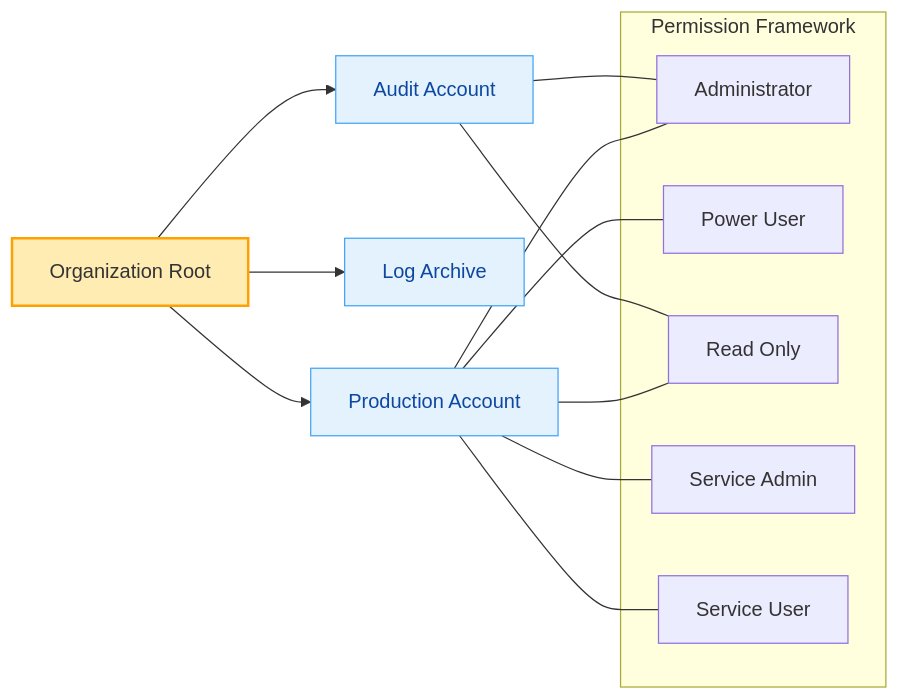
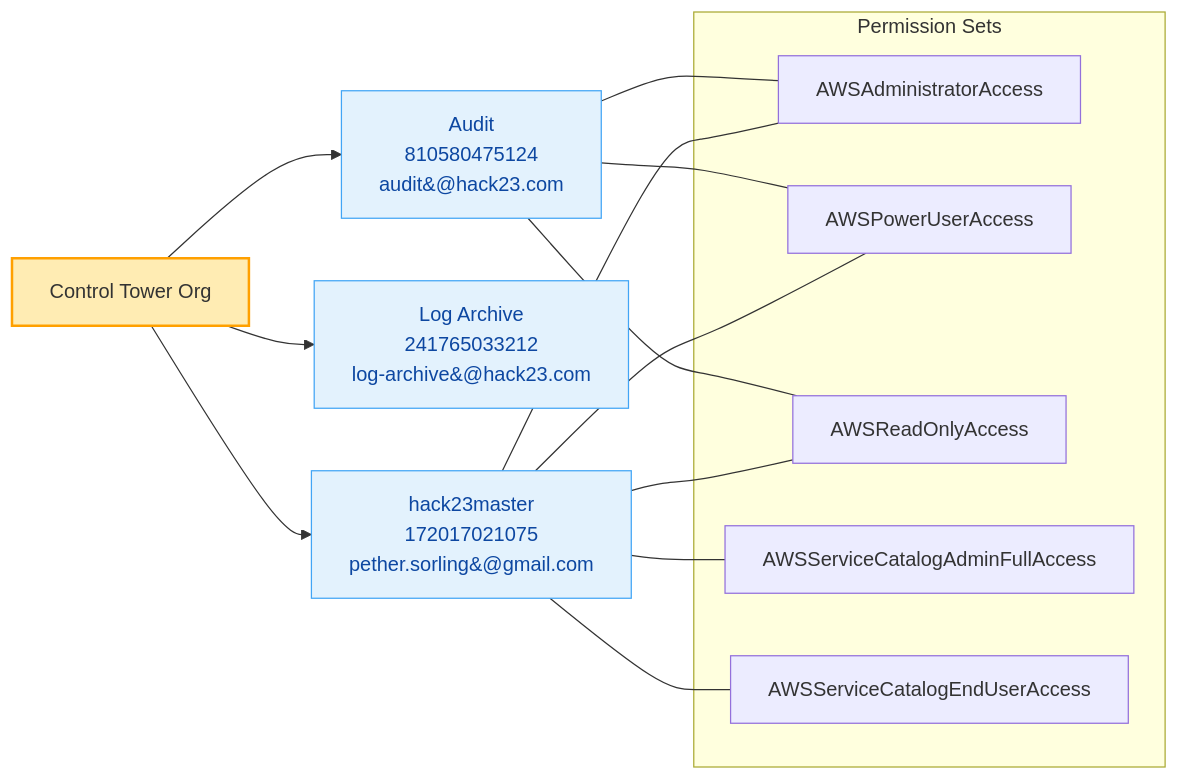
One commit to Hack23/ISMS-PUBLIC changed the second of 8 diagrams in Asset_Register.md. Above: the diagram before and after it, drawn with Mermaid. The commit also changed other lines of this file, not shown here.

````diff
--- a/Asset_Register.md
+++ b/Asset_Register.md
@@ -156,33 +173,34 @@
 ```mermaid
 flowchart LR
-  A["Organization Root"]
-  AU["Audit Account"]
-  LA["Log Archive"]
-  PROD["Production Account"]
+  A["Control Tower Org"]
+  AU["Audit\n810580475124\naudit&#64;hack23.com"]
+  LA["Log Archive\n241765033212\nlog-archive&#64;hack23.com"]
+  HM["hack23master\n172017021075\npether.sorling&#64;gmail.com"]
 
   A --> AU
   A --> LA
-  A --> PROD
+  A --> HM
 
-  subgraph "Permission Framework"
-    PS1["Administrator"]
-    PS2["Power User"]
-    PS3["Read Only"]
-    PS4["Service Admin"]
-    PS5["Service User"]
+  subgraph "Permission Sets"
+    PS1["AWSAdministratorAccess"]
+    PS2["AWSPowerUserAccess"]
+    PS3["AWSReadOnlyAccess"]
+    PS4["AWSServiceCatalogAdminFullAccess"]
+    PS5["AWSServiceCatalogEndUserAccess"]
   end
 
   AU --- PS1
+  AU --- PS2
   AU --- PS3
-  PROD --- PS1
-  PROD --- PS2
-  PROD --- PS3
-  PROD --- PS4
-  PROD --- PS5
+  HM --- PS1
+  HM --- PS2
+  HM --- PS3
+  HM --- PS4
+  HM --- PS5
 
   classDef ct fill:#ffecb3,stroke:#ffa000,stroke-width:2px,color:#333;
   classDef acct fill:#e3f2fd,stroke:#42a5f5,color:#0d47a1;
 
   class A ct;
-  class AU,LA,PROD acct;
+  class AU,LA,HM acct;
 ```
````
